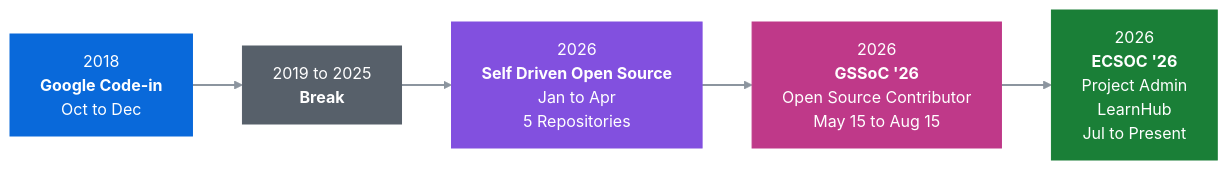
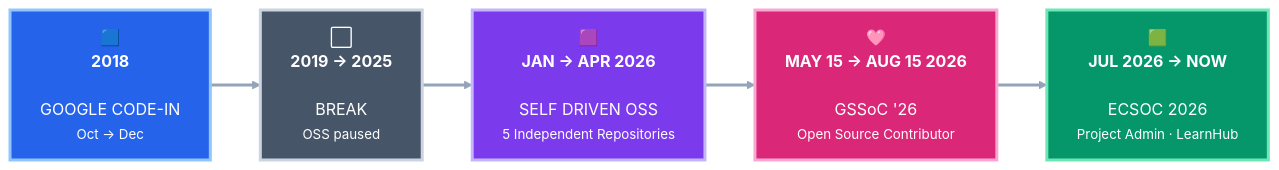
Before and after one commit to udaycodespace/open-source: the diagram in README.md, drawn with Mermaid. The commit also changed other lines of this file, not shown here.

First line of the commit message:
docs: redesign open source README

`````diff
--- a/README.md
+++ b/README.md
@@ -17,22 +20,27 @@
 ```mermaid
 flowchart LR
-    A["2018<br/><b>Google Code-in</b><br/>Oct to Dec"]
-    --> B["2019 to 2025<br/><b>Break</b>"]
-    --> C["2026<br/><b>Self Driven Open Source</b><br/>Jan to Apr<br/>5 Repositories"]
-    --> D["2026<br/><b>GSSoC '26</b><br/>Open Source Contributor<br/>May 15 to Aug 15"]
-    --> E["2026<br/><b>ECSOC '26</b><br/>Project Admin<br/>LearnHub<br/>Jul to Present"]
+    A["🟦<br/><b>2018</b><br/><br/>GOOGLE CODE-IN<br/><small>Oct → Dec</small>"]
+    B["⬜<br/><b>2019 → 2025</b><br/><br/>BREAK<br/><small>OSS paused</small>"]
+    C["🟪<br/><b>JAN → APR 2026</b><br/><br/>SELF DRIVEN OSS<br/><small>5 Independent Repositories</small>"]
+    D["🩷<br/><b>MAY 15 → AUG 15 2026</b><br/><br/>GSSoC '26<br/><small>Open Source Contributor</small>"]
+    E["🟩<br/><b>JUL 2026 → NOW</b><br/><br/>ECSOC 2026<br/><small>Project Admin · LearnHub</small>"]
 
-    classDef gci fill:#0969da,stroke:#0969da,color:#fff;
-    classDef pause fill:#57606a,stroke:#57606a,color:#fff;
-    classDef self fill:#8250df,stroke:#8250df,color:#fff;
-    classDef gssoc fill:#bf3989,stroke:#bf3989,color:#fff;
-    classDef ecsoc fill:#1a7f37,stroke:#1a7f37,color:#fff;
+    A --> B
+    B --> C
+    C --> D
+    D --> E
 
-    class A gci;
-    class B pause;
-    class C self;
-    class D gssoc;
-    class E ecsoc;
+    classDef blue fill:#2563EB,stroke:#93C5FD,color:#FFFFFF,stroke-width:3px
+    classDef grey fill:#475569,stroke:#CBD5E1,color:#FFFFFF,stroke-width:3px
+    classDef purple fill:#7C3AED,stroke:#C4B5FD,color:#FFFFFF,stroke-width:3px
+    classDef pink fill:#DB2777,stroke:#F9A8D4,color:#FFFFFF,stroke-width:3px
+    classDef green fill:#059669,stroke:#6EE7B7,color:#FFFFFF,stroke-width:3px
 
-    linkStyle default stroke:#8c959f,stroke-width:2px;
+    class A blue
+    class B grey
+    class C purple
+    class D pink
+    class E green
+
+    linkStyle 0,1,2,3 stroke:#94A3B8,stroke-width:3px
 ````
`````
